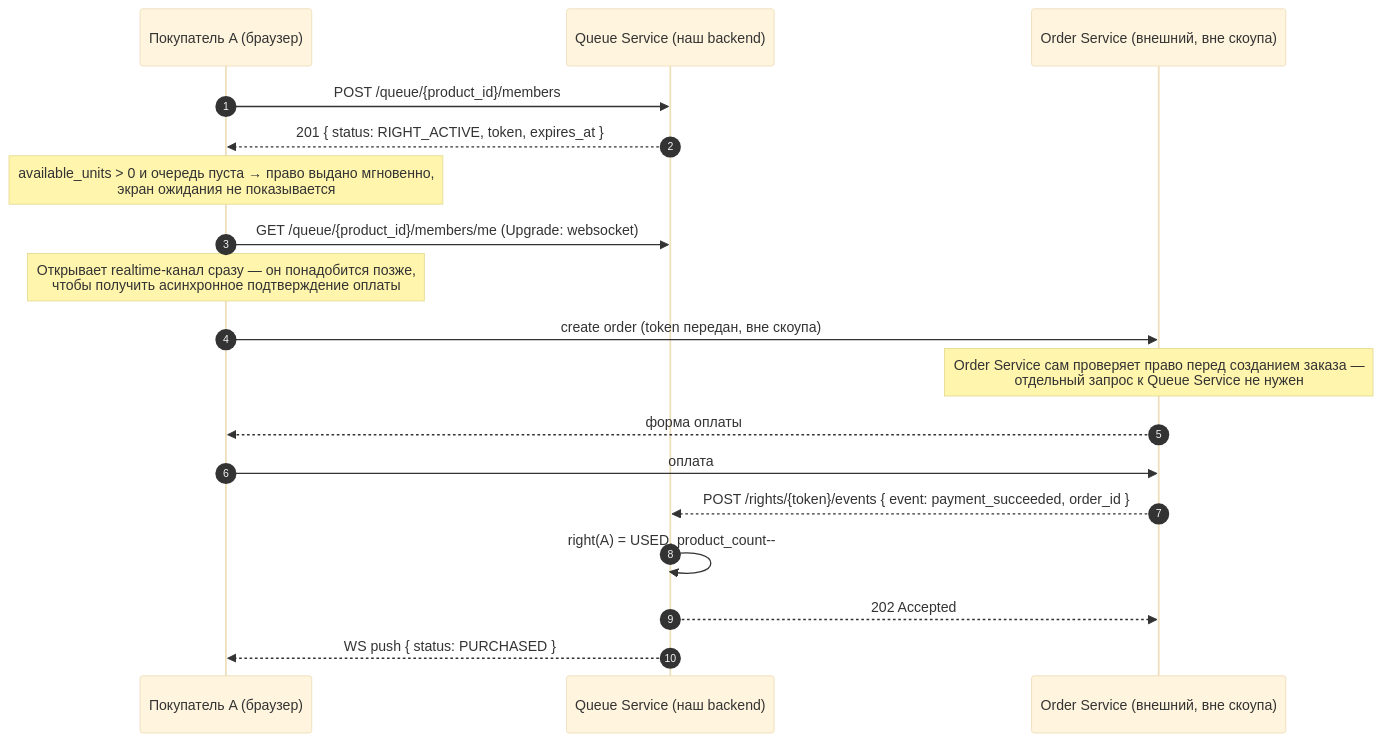
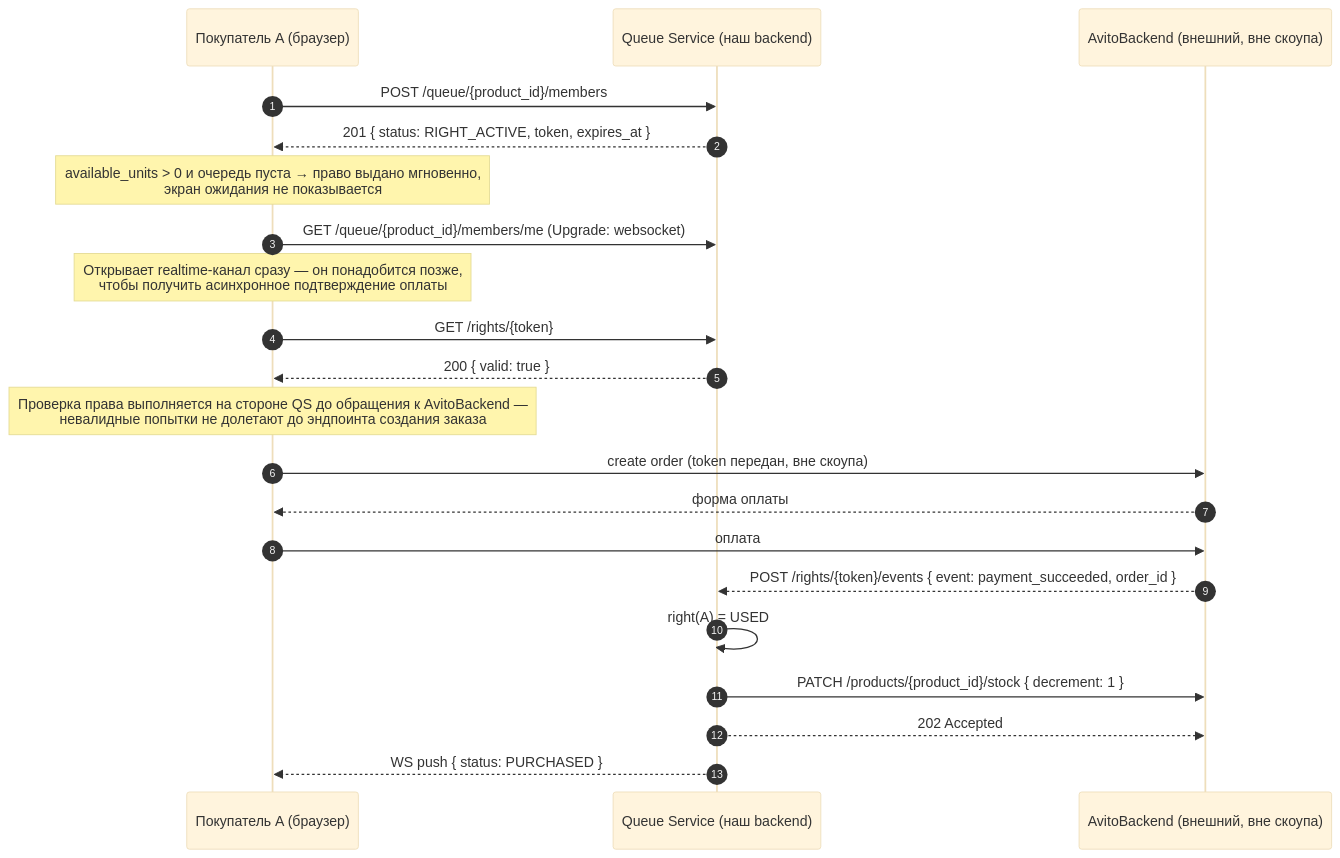
One commit to bigboynixxik/team-10-queue-serivce changed the first of 4 diagrams in docs/diagrams.md. Above: the diagram before and after it, drawn with Mermaid (base theme). The commit also changed other lines of this file and 10 other files, not shown here.

````diff
--- a/docs/diagrams.md
+++ b/docs/diagrams.md
@@ -13,24 +15,28 @@
 ```mermaid
 sequenceDiagram
     autonumber
     participant A as Покупатель A (браузер)
     participant QS as Queue Service (наш backend)
-    participant OS as Order Service (внешний, вне скоупа)
+    participant AB as AvitoBackend (внешний, вне скоупа)
 
     A->>QS: POST /queue/{product_id}/members
     QS-->>A: 201 { status: RIGHT_ACTIVE, token, expires_at }
     Note over A: available_units > 0 и очередь пуста → право выдано мгновенно,<br/>экран ожидания не показывается
 
     A->>QS: GET /queue/{product_id}/members/me (Upgrade: websocket)
     Note over A: Открывает realtime-канал сразу — он понадобится позже,<br/>чтобы получить асинхронное подтверждение оплаты
 
-    A->>OS: create order (token передан, вне скоупа)
-    Note over OS: Order Service сам проверяет право перед созданием заказа —<br/>отдельный запрос к Queue Service не нужен
-    OS-->>A: форма оплаты
-    A->>OS: оплата
-    OS-->>QS: POST /rights/{token}/events { event: payment_succeeded, order_id }
+    A->>QS: GET /rights/{token}
+    QS-->>A: 200 { valid: true }
+    Note over A: Проверка права выполняется на стороне QS до обращения к AvitoBackend —<br/>невалидные попытки не долетают до эндпоинта создания заказа
 
-    QS->>QS: right(A) = USED, product_count--
-    QS-->>OS: 202 Accepted
+    A->>AB: create order (token передан, вне скоупа)
+    AB-->>A: форма оплаты
+    A->>AB: оплата
+    AB-->>QS: POST /rights/{token}/events { event: payment_succeeded, order_id }
+
+    QS->>QS: right(A) = USED
+    QS->>AB: PATCH /products/{product_id}/stock { decrement: 1 }
+    QS-->>AB: 202 Accepted
     QS-->>A: WS push { status: PURCHASED }
 ```
````
